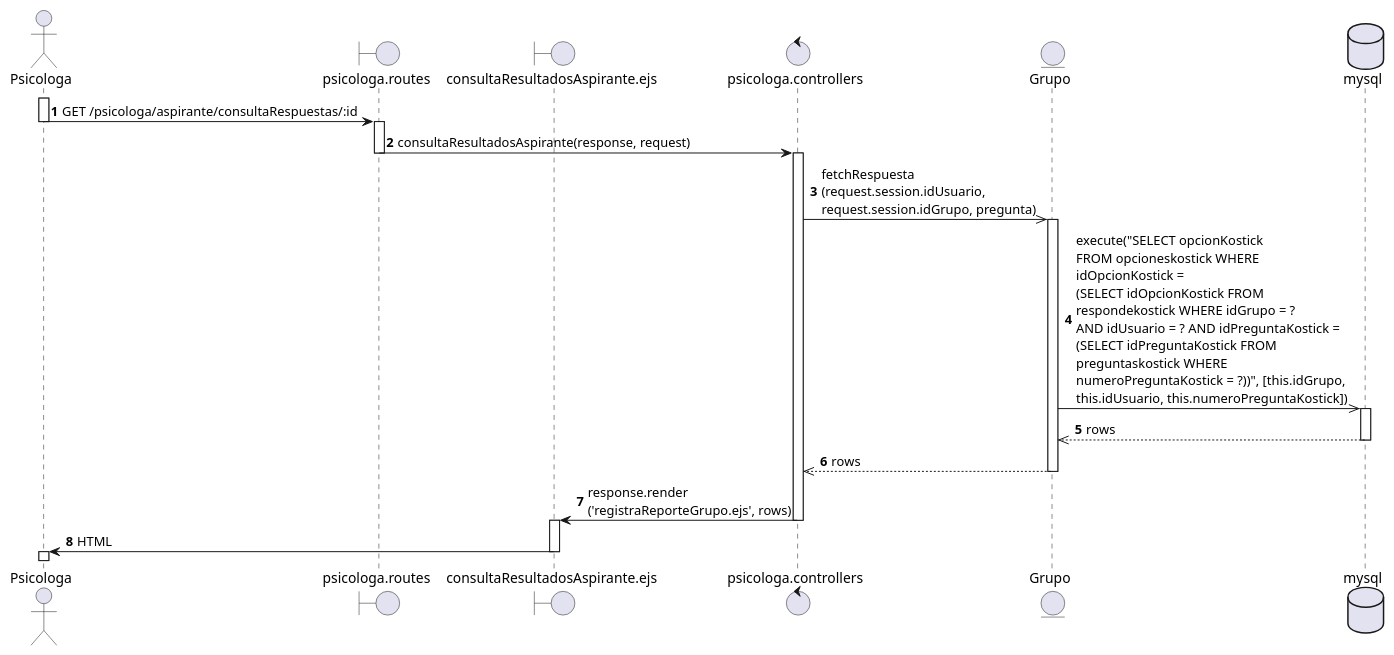
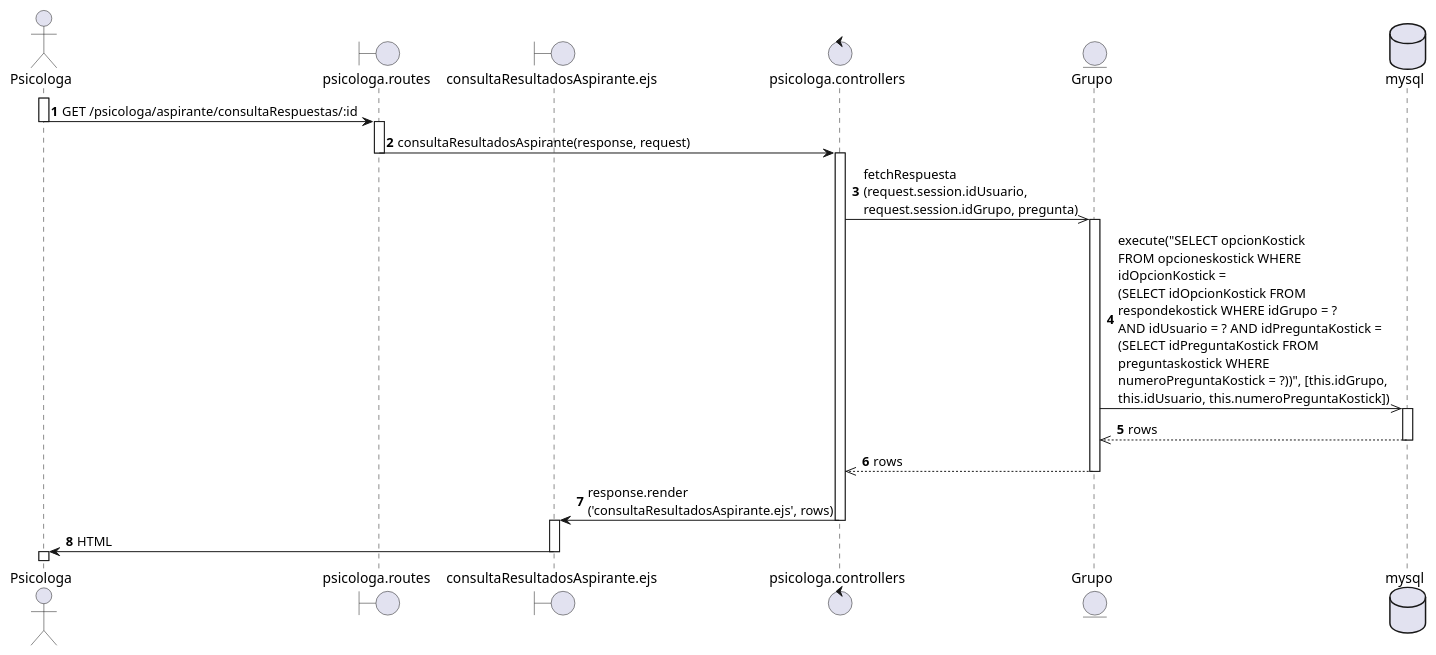
The diagram in uml/secuencia/consultaResultadosAspirante5.puml (nicoleum17/TestInsightDX), drawn with PlantUML before and after one commit.

```diff
--- a/uml/secuencia/consultaResultadosAspirante5.puml
+++ b/uml/secuencia/consultaResultadosAspirante5.puml
@@ -1,36 +1,36 @@
 @startuml consultaResultadosAspirante 5
 actor       Psicologa                   as a1
 boundary    psicologa.routes            as a2
 boundary    consultaResultadosAspirante.ejs  as a3
 control     psicologa.controllers       as a4
 entity      Grupo                       as g
 database    mysql                       as a5
 
 
 autonumber
 activate a1
 a1->a2: GET /psicologa/aspirante/consultaRespuestas/:id
 deactivate a1
 activate a2
 a2->a4: consultaResultadosAspirante(response, request)
 deactivate a2
 
 
 activate a4
 a4->>g: fetchRespuesta\n(request.session.idUsuario, \nrequest.session.idGrupo, pregunta)
 activate g
 g->>a5: execute("SELECT opcionKostick \nFROM opcioneskostick WHERE \nidOpcionKostick = \n(SELECT idOpcionKostick FROM \nrespondekostick WHERE idGrupo = ? \nAND idUsuario = ? AND idPreguntaKostick = \n(SELECT idPreguntaKostick FROM \npreguntaskostick WHERE \nnumeroPreguntaKostick = ?))", [this.idGrupo, \nthis.idUsuario, this.numeroPreguntaKostick])
 activate a5
 a5-->>g: rows
 deactivate a5
 g-->>a4:rows
 deactivate g
 
 
-a4->a3: response.render\n('registraReporteGrupo.ejs', rows)
+a4->a3: response.render\n('consultaResultadosAspirante.ejs', rows)
 deactivate a4
 activate a3
 a3->a1: HTML
 deactivate a3
 activate a1
 @enduml
```
